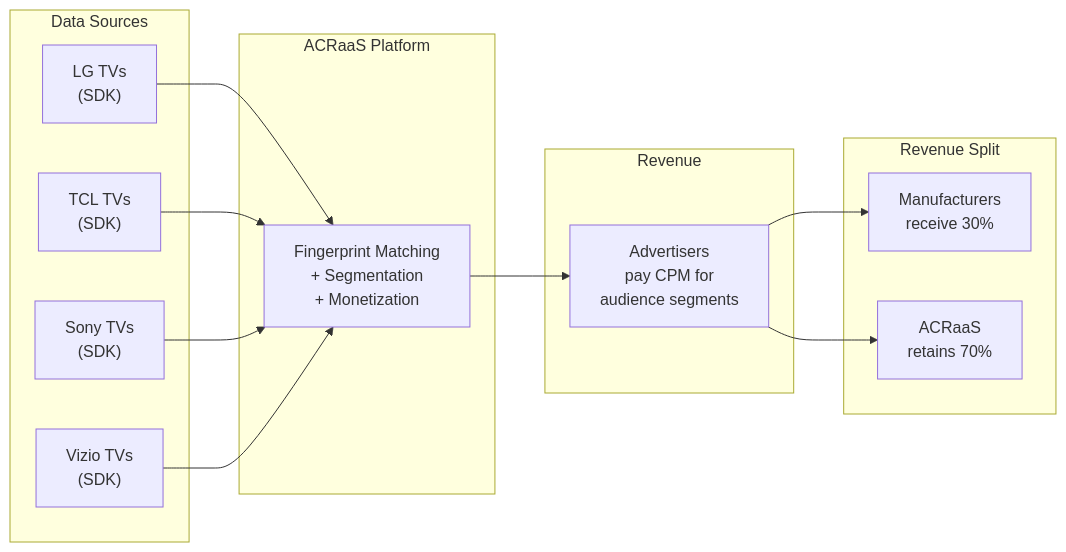
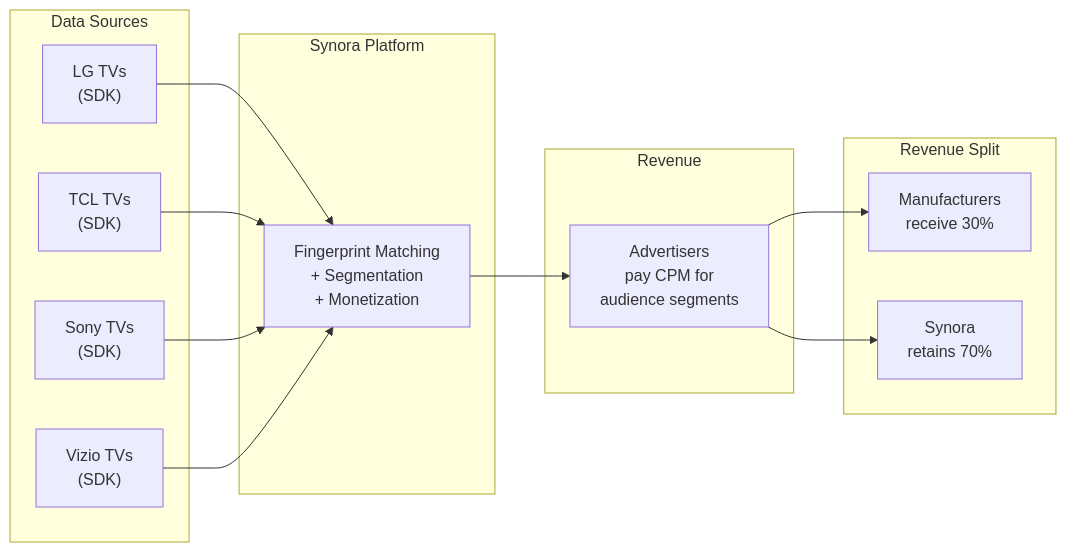
Diagram 11 of 13 in PRODUCT_BLOG.md (ksmettela/Synora), drawn with Mermaid before and after one commit. The commit also changed other lines of this file and 86 other files, not shown here.

````diff
--- a/PRODUCT_BLOG.md
+++ b/PRODUCT_BLOG.md
@@ -593,30 +593,30 @@
 ```mermaid
 graph LR
     subgraph "Data Sources"
         TV1["LG TVs<br/>(SDK)"]
         TV2["TCL TVs<br/>(SDK)"]
         TV3["Sony TVs<br/>(SDK)"]
         TV4["Vizio TVs<br/>(SDK)"]
     end
     
-    subgraph "ACRaaS Platform"
+    subgraph "Synora Platform"
         PLAT["Fingerprint Matching<br/>+ Segmentation<br/>+ Monetization"]
     end
     
     subgraph "Revenue"
         ADV["Advertisers<br/>pay CPM for<br/>audience segments"]
     end
     
     subgraph "Revenue Split"
         MFR["Manufacturers<br/>receive 30%"]
-        ACR["ACRaaS<br/>retains 70%"]
+        ACR["Synora<br/>retains 70%"]
     end
 
     TV1 --> PLAT
     TV2 --> PLAT
     TV3 --> PLAT
     TV4 --> PLAT
     PLAT --> ADV
     ADV --> MFR
     ADV --> ACR
 ```
````
